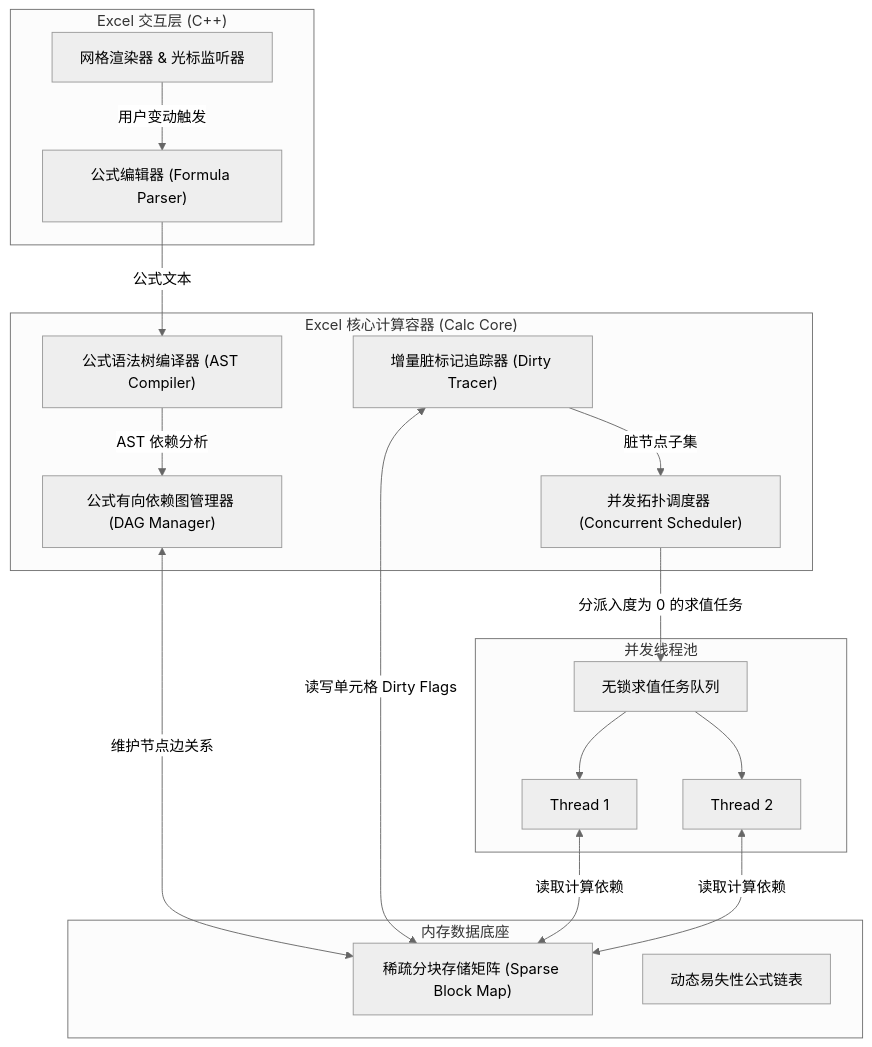
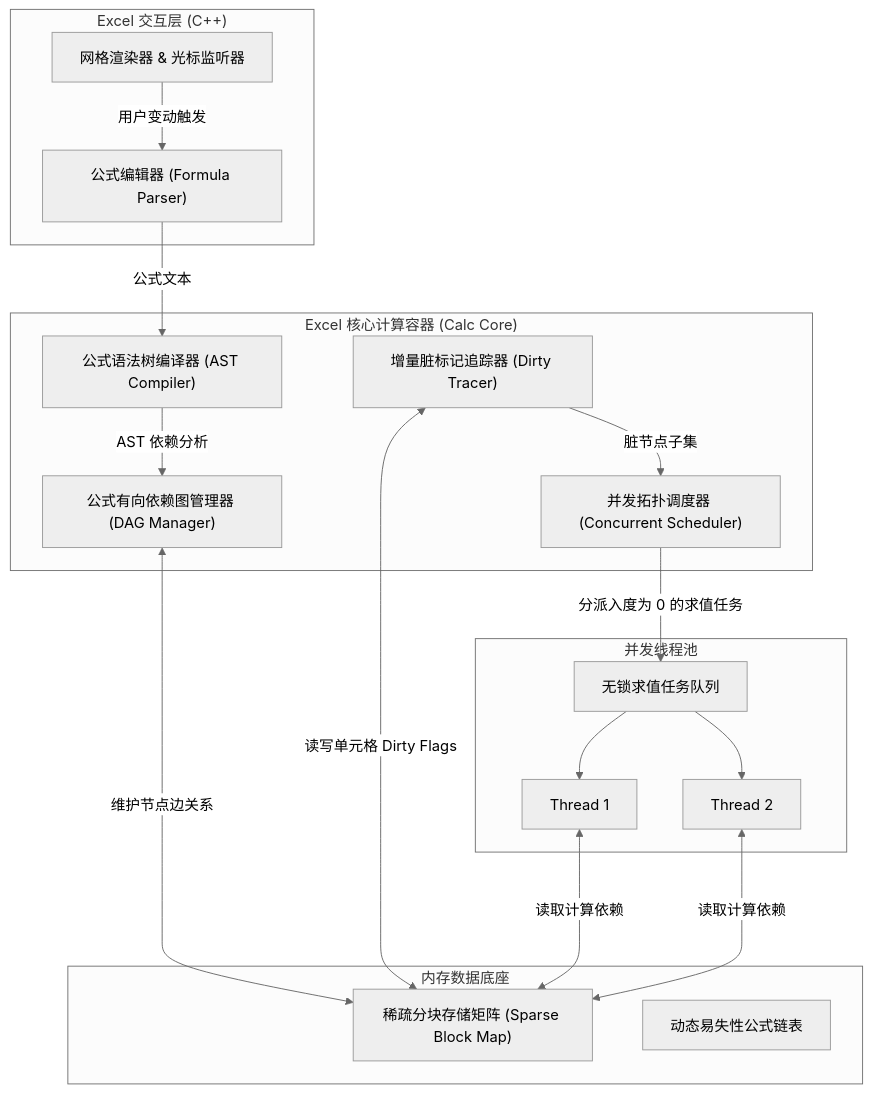
Before and after one commit to koosai/AI-Architect-Learning: the third of 8 diagrams in docs/atlas/excel.mdx, drawn with Mermaid (neutral theme). The commit also changed 68 other files, not shown here.

Commit message:
fix(atlas): fix browser client-side Mermaid rendering for mindmaps and flowcharts across 67 case studies

````diff
--- a/docs/atlas/excel.mdx
+++ b/docs/atlas/excel.mdx
@@ -107,41 +107,41 @@
 ```mermaid
 graph TB
   subgraph ClientUI["Excel 交互层 (C++)"]
     GridUI["网格渲染器 & 光标监听器"]
     FormulaBar["公式编辑器 (Formula Parser)"]
   end
 
   subgraph CalcCore["Excel 核心计算容器 (Calc Core)"]
     FormulaCompiler["公式语法树编译器 (AST Compiler)"]
     DAGManager["公式有向依赖图管理器 (DAG Manager)"]
     DirtyTracer["增量脏标记追踪器 (Dirty Tracer)"]
     ConcurrentScheduler["并发拓扑调度器 (Concurrent Scheduler)"]
   end
 
   subgraph StorageMemory["内存数据底座"]
     SparseStorage["稀疏分块存储矩阵 (Sparse Block Map)"]
     VolatileList["动态易失性公式链表"]
   end
 
   subgraph ThreadExec["并发线程池"]
     WorkQueue["无锁求值任务队列"]
     Worker1["Thread 1"]
     Worker2["Thread 2"]
   end
 
   GridUI -->|用户变动触发| FormulaBar
   FormulaBar -->|公式文本| FormulaCompiler
   FormulaCompiler -->|AST 依赖分析| DAGManager
   
-  DAGManager <-->|维护节点边关系| SparseStorage
-  DirtyTracer <-->|读写单元格 Dirty Flags| SparseStorage
+  DAGManager <--->|维护节点边关系| SparseStorage
+  DirtyTracer <--->|读写单元格 Dirty Flags| SparseStorage
   
   DirtyTracer -->|脏节点子集| ConcurrentScheduler
   ConcurrentScheduler -->|分派入度为 0 的求值任务| WorkQueue
   
   WorkQueue --> Worker1
   WorkQueue --> Worker2
   
-  Worker1 <-->|读取计算依赖| SparseStorage
-  Worker2 <-->|读取计算依赖| SparseStorage
+  Worker1 <--->|读取计算依赖| SparseStorage
+  Worker2 <--->|读取计算依赖| SparseStorage
 ```
````
